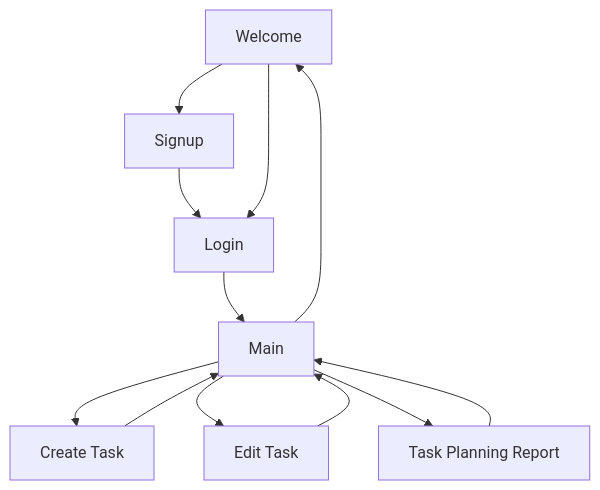
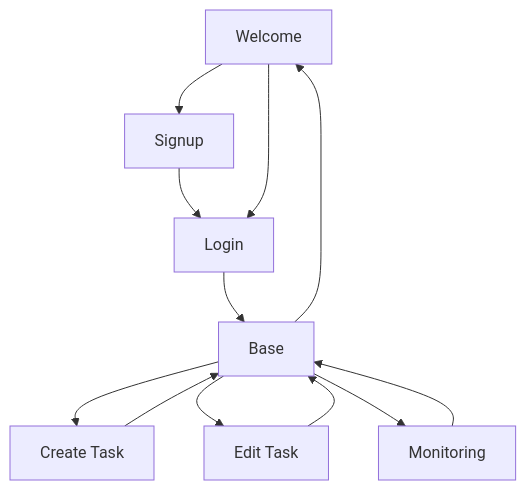
One commit to CSC207-2025F-UofT/team-project changed the diagram in README.md. Above: the diagram before and after it, drawn with Mermaid. The commit also changed other lines of this file and 1 other file, not shown here.

Commit message:
update second draft of the use case 4A

````diff
--- a/README.md
+++ b/README.md
@@ -521,26 +520,26 @@
 ```mermaid
 graph TD
   welcome["Welcome"]
   login["Login"]
   signup["Signup"]
-  main["Main"]
+  base["Base"]
   createTask["Create Task"]
   editTask["Edit Task"]
-  monitoring["Task Planning Report"]
+  monitoring["Monitoring"]
 
   welcome --> signup
   signup --> login
 
   welcome --> login
-  login --> main
-  main --> welcome
+  login --> base
+  base --> welcome
 
-  main --> createTask
-  createTask --> main
+  base --> createTask
+  createTask --> base
 
-  main --> editTask
-  editTask --> main
+  base --> editTask
+  editTask --> base
 
-  main --> monitoring
-  monitoring --> main
+  base --> monitoring
+  monitoring --> base
 ```
````
